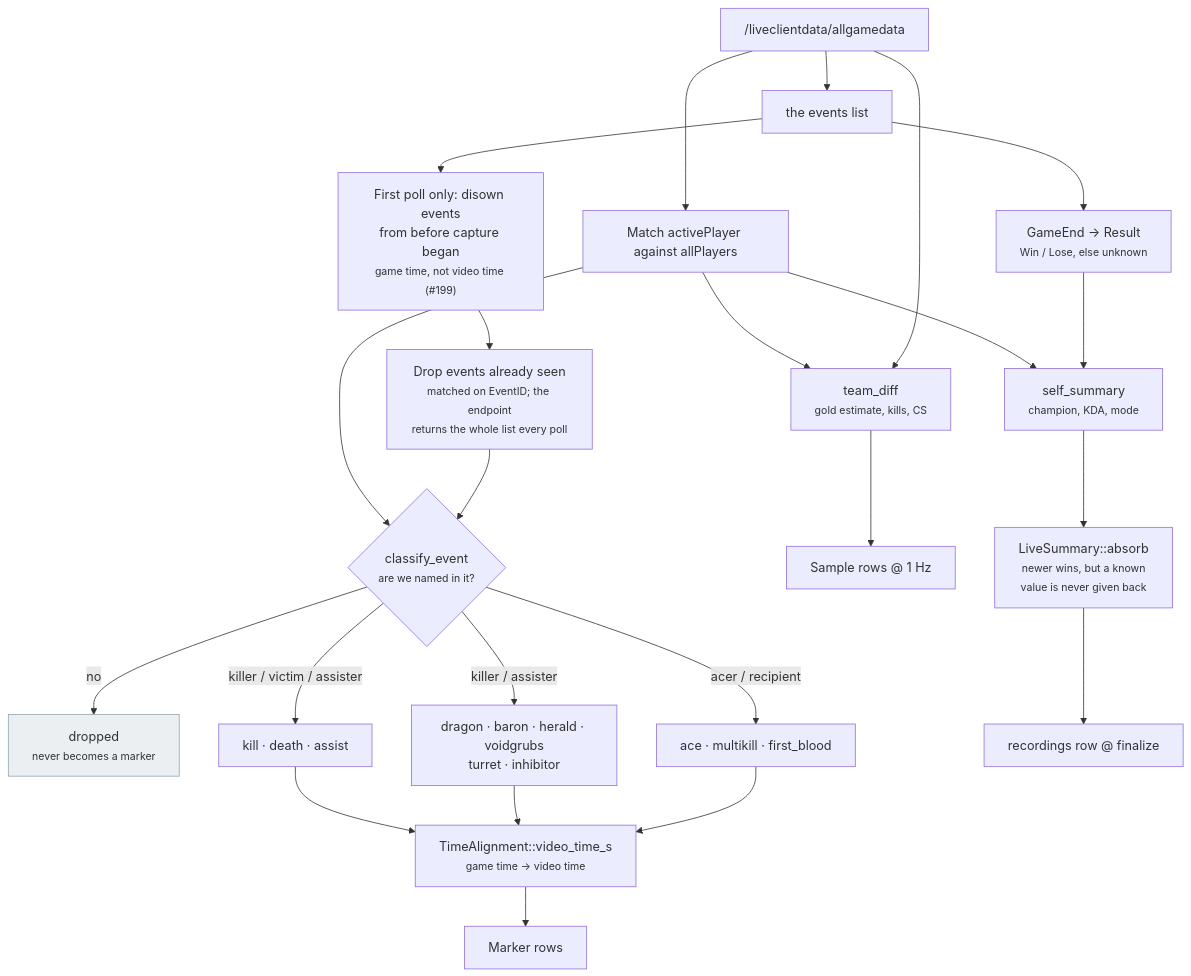
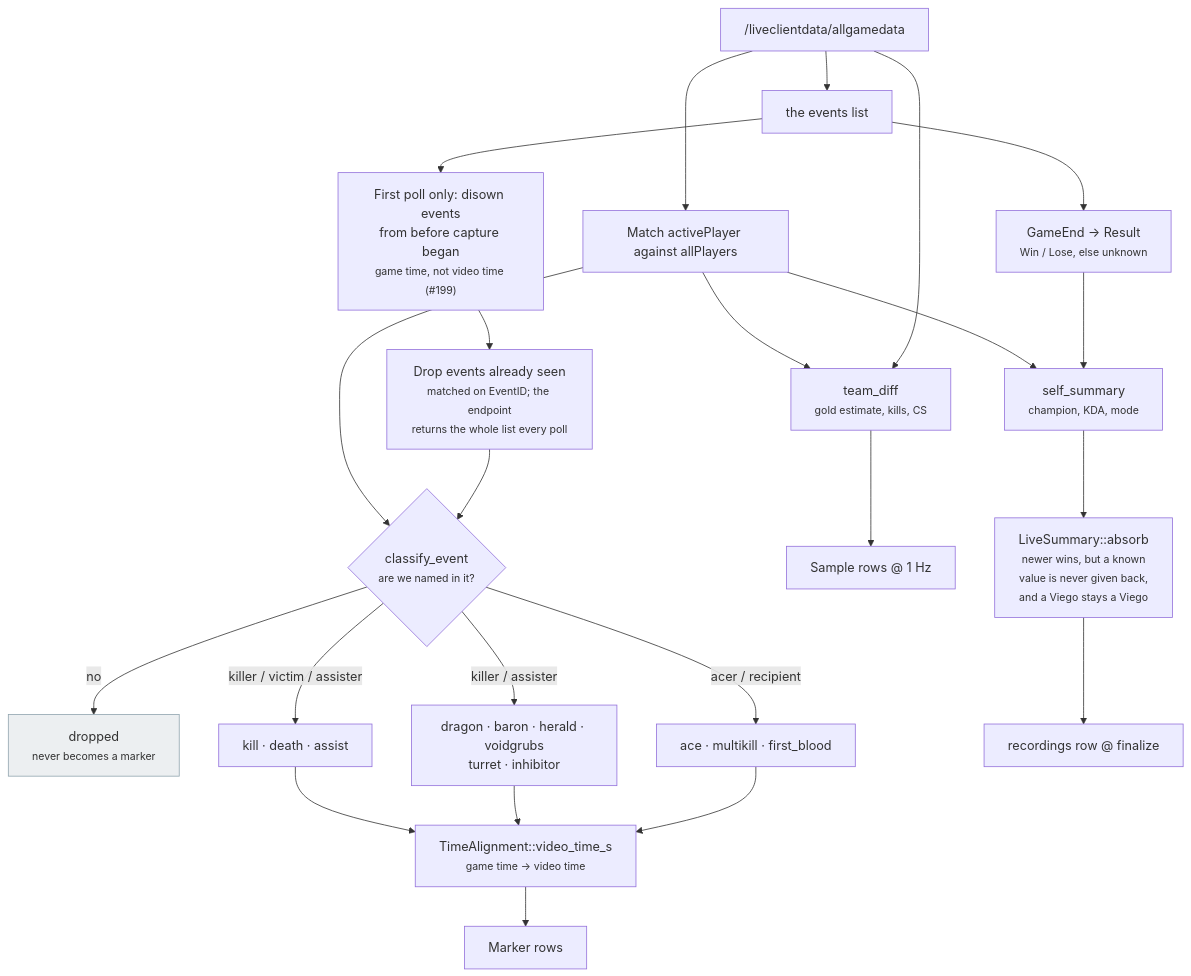
One commit to NinjaGoldfinch/ninja-recorder changed the third of 8 diagrams in docs/recording-pipeline.md. Above: the diagram before and after it, drawn with Mermaid. The commit also changed other lines of this file and 4 other files, not shown here.

````diff
--- a/docs/recording-pipeline.md
+++ b/docs/recording-pipeline.md
@@ -166,26 +166,26 @@
 ```mermaid
 flowchart TB
     SNAP["/liveclientdata/allgamedata"] --> ID["Match activePlayer against allPlayers"]
     SNAP --> EV["the events list"]
     ID --> CL
     EV --> DIS["First poll only: disown events<br/>from before capture began<br/><small>game time, not video time (#199)</small>"]
     DIS --> DEDUP["Drop events already seen<br/><small>matched on EventID; the endpoint<br/>returns the whole list every poll</small>"]
     DEDUP --> CL{"classify_event<br/><small>are we named in it?</small>"}
     CL -->|"no"| DROP["dropped<br/><small>never becomes a marker</small>"]
     CL -->|"killer / victim / assister"| K["kill · death · assist"]
     CL -->|"killer / assister"| O["dragon · baron · herald · voidgrubs<br/>turret · inhibitor"]
     CL -->|"acer / recipient"| M["ace · multikill · first_blood"]
     K --> AL
     O --> AL
     M --> AL
     style DROP fill:#eceff1,stroke:#90a4ae
     AL["TimeAlignment::video_time_s<br/><small>game time → video time</small>"] --> MK["Marker rows"]
     ID --> TD["team_diff<br/><small>gold estimate, kills, CS</small>"]
     SNAP --> TD
     TD --> SM["Sample rows @ 1 Hz"]
     ID --> SS["self_summary<br/><small>champion, KDA, mode</small>"]
     EV --> GE["GameEnd → Result<br/><small>Win / Lose, else unknown</small>"]
     GE --> SS
-    SS --> ABS["LiveSummary::absorb<br/><small>newer wins, but a known<br/>value is never given back</small>"]
+    SS --> ABS["LiveSummary::absorb<br/><small>newer wins, but a known<br/>value is never given back,<br/>and a Viego stays a Viego</small>"]
     ABS --> ROW["recordings row @ finalize"]
 ```
````
